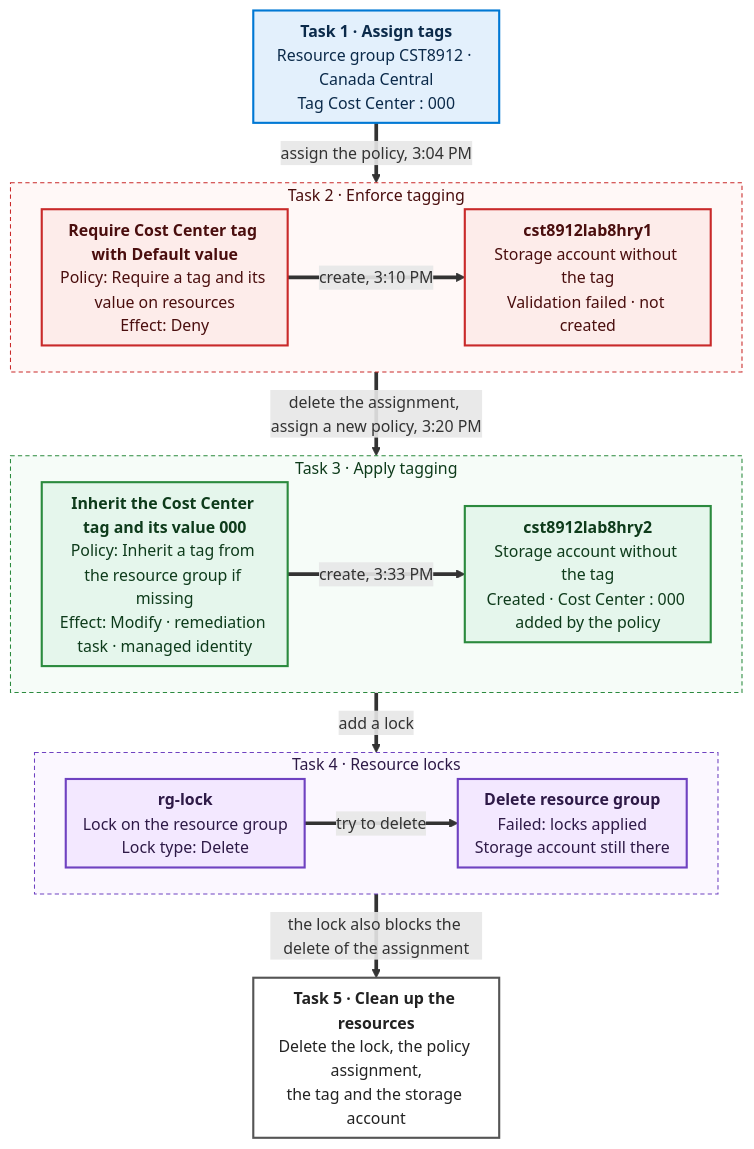
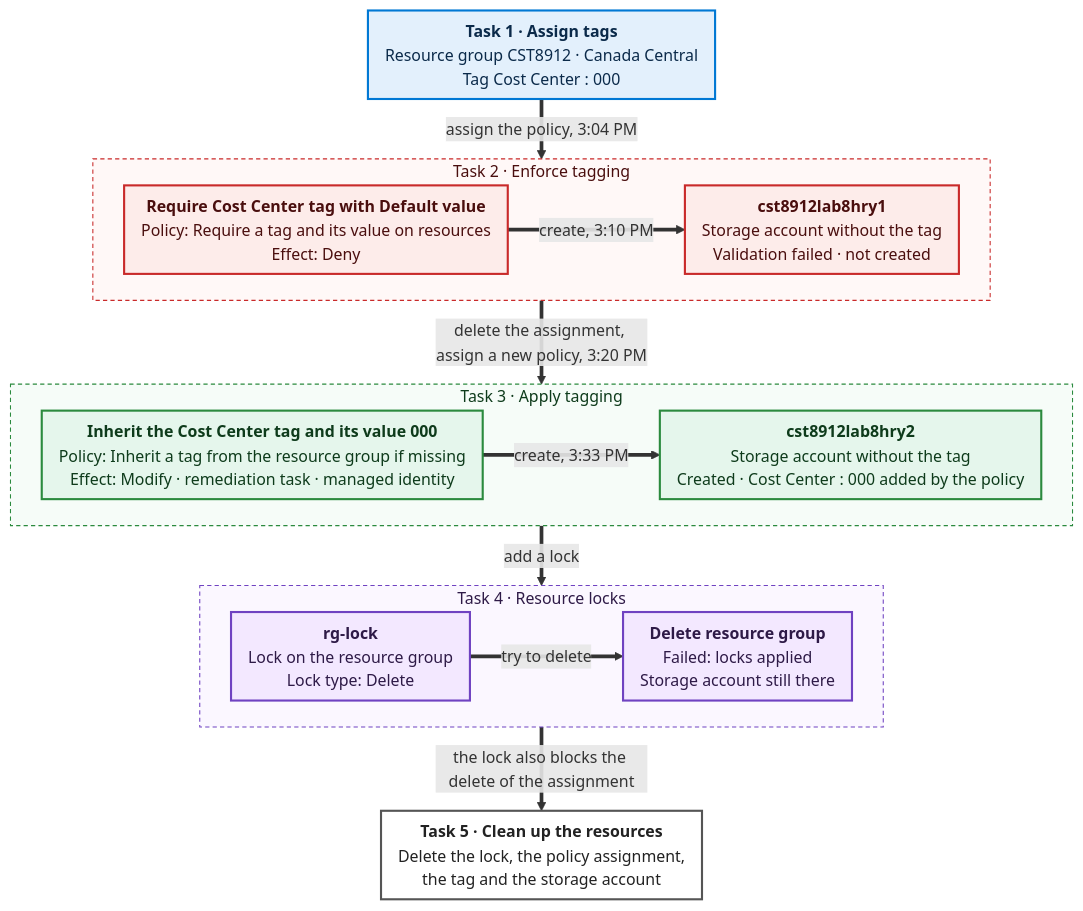
One commit to LannieYoo/CST8912-Cloud-Solution-Architecture changed the diagram in lab8/README.md. Above: the diagram before and after it, drawn with Mermaid.

Commit message:
Update Lab 8 report

````diff
--- a/lab8/README.md
+++ b/lab8/README.md
@@ -23,41 +23,41 @@
 ```mermaid
-%%{init: {"flowchart": {"nodeSpacing": 30, "rankSpacing": 34, "padding": 8}, "themeVariables": {"fontSize": "15px"}}}%%
+%%{init: {"flowchart": {"nodeSpacing": 30, "rankSpacing": 34, "padding": 8, "wrappingWidth": 480}, "themeVariables": {"fontSize": "15px"}}}%%
 flowchart TB
     T1["<b>Task 1 · Assign tags</b><br/>Resource group CST8912 · Canada Central<br/>Tag Cost Center : 000"]
     subgraph T2["Task 2 · Enforce tagging"]
         direction LR
         P1["<b>Require Cost Center tag with Default value</b><br/>Policy: Require a tag and its value on resources<br/>Effect: Deny"]
         S1["<b>cst8912lab8hry1</b><br/>Storage account without the tag<br/>Validation failed · not created"]
         P1 ==>|"create, 3:10 PM"| S1
     end
     subgraph T3["Task 3 · Apply tagging"]
         direction LR
         P2["<b>Inherit the Cost Center tag and its value 000</b><br/>Policy: Inherit a tag from the resource group if missing<br/>Effect: Modify · remediation task · managed identity"]
         S2["<b>cst8912lab8hry2</b><br/>Storage account without the tag<br/>Created · Cost Center : 000 added by the policy"]
         P2 ==>|"create, 3:33 PM"| S2
     end
     subgraph T4["Task 4 · Resource locks"]
         direction LR
         LK["<b>rg-lock</b><br/>Lock on the resource group<br/>Lock type: Delete"]
         DEL["<b>Delete resource group</b><br/>Failed: locks applied<br/>Storage account still there"]
         LK ==>|"try to delete"| DEL
     end
     T5["<b>Task 5 · Clean up the resources</b><br/>Delete the lock, the policy assignment,<br/>the tag and the storage account"]
     T1 ==>|"assign the policy, 3:04 PM"| T2
     T2 ==>|"delete the assignment, assign a new policy, 3:20 PM"| T3
     T3 ==>|"add a lock"| T4
     T4 ==>|"the lock also blocks the delete of the assignment"| T5
     classDef deny fill:#FDECEA,stroke:#C92A2A,stroke-width:2px,color:#4A0E0E
     classDef modify fill:#E5F6EC,stroke:#2B8A3E,stroke-width:2px,color:#0E3B1B
     classDef lock fill:#F3E8FF,stroke:#6F42C1,stroke-width:2px,color:#2E1A47
     classDef plain fill:#E3F0FC,stroke:#0078D4,stroke-width:2px,color:#0B2A4A
     classDef outside fill:#FFFFFF,stroke:#555555,stroke-width:2px,color:#222222
     class P1,S1 deny
     class P2,S2 modify
     class LK,DEL lock
     class T1 plain
     class T5 outside
     style T2 fill:#FFF8F7,stroke:#C92A2A,stroke-dasharray:4 3,color:#4A0E0E
     style T3 fill:#F6FCF8,stroke:#2B8A3E,stroke-dasharray:4 3,color:#0E3B1B
     style T4 fill:#FBF7FF,stroke:#6F42C1,stroke-dasharray:4 3,color:#2E1A47
 ```
````
